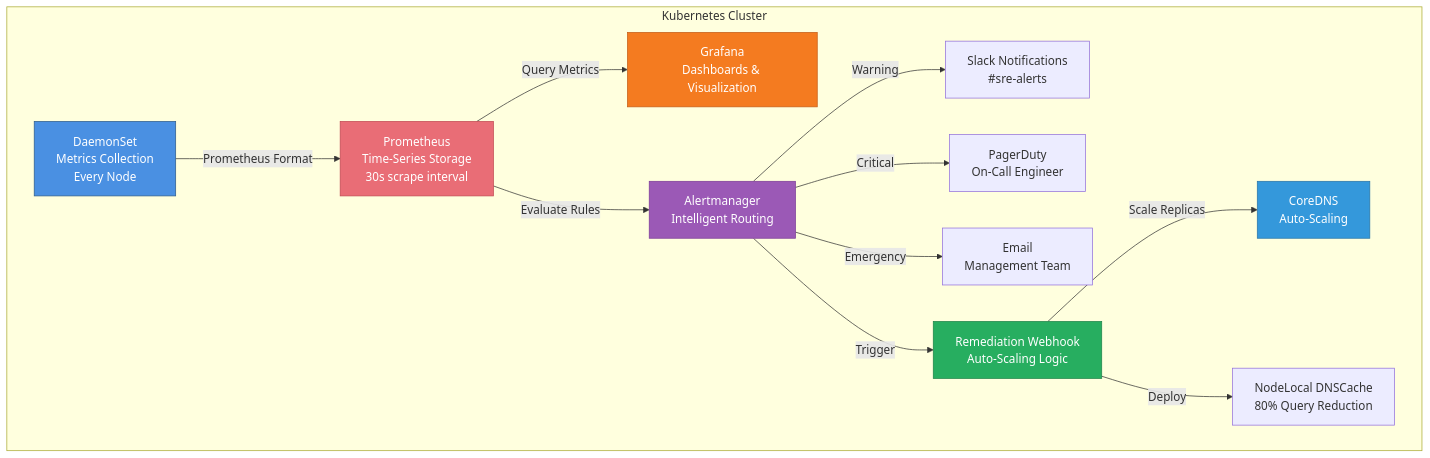
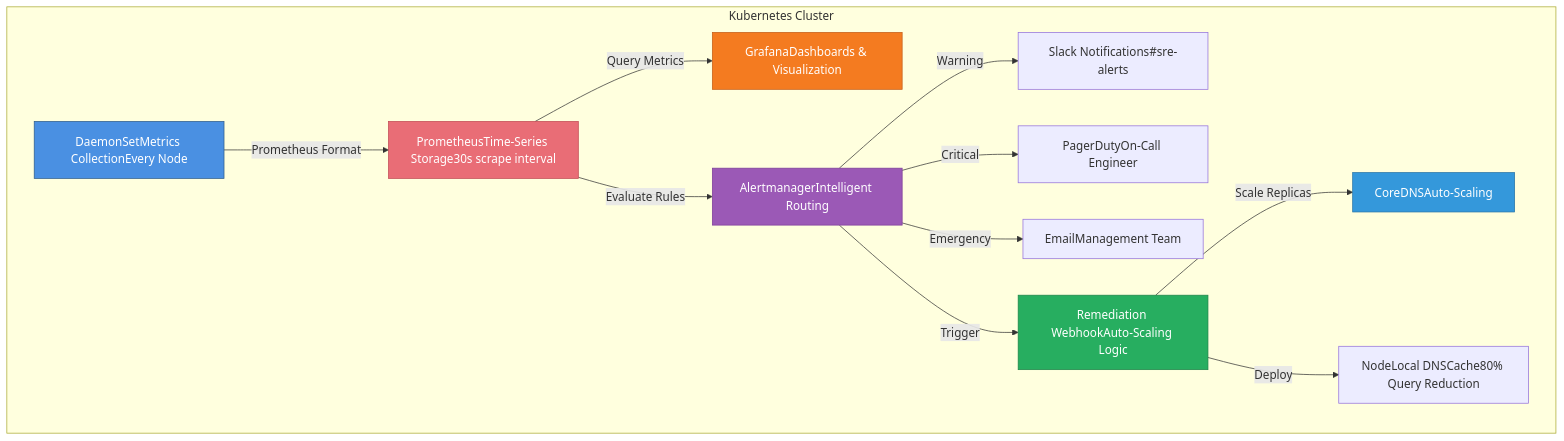
Before and after one commit to bharathvasudevanmsuk11/kubernetes-dns-autoheal: the diagram in README.md, drawn with Mermaid. The commit also changed other lines of this file, not shown here.

````diff
--- a/README.md
+++ b/README.md
@@ -269,24 +34,24 @@
 ```mermaid
 graph TB
     subgraph "Kubernetes Cluster"
-        DS[DaemonSet<br/>Metrics Collection<br/>Every Node] -->|Prometheus Format| PROM[Prometheus<br/>Time-Series Storage<br/>30s scrape interval]
+        DS[DaemonSetMetrics CollectionEvery Node] -->|Prometheus Format| PROM[PrometheusTime-Series Storage30s scrape interval]
         
-        PROM -->|Query Metrics| GRAF[Grafana<br/>Dashboards & Visualization]
-        PROM -->|Evaluate Rules| AM[Alertmanager<br/>Intelligent Routing]
+        PROM -->|Query Metrics| GRAF[GrafanaDashboards & Visualization]
+        PROM -->|Evaluate Rules| AM[AlertmanagerIntelligent Routing]
         
-        AM -->|Warning| SLACK[Slack Notifications<br/>#sre-alerts]
-        AM -->|Critical| PD[PagerDuty<br/>On-Call Engineer]
-        AM -->|Emergency| EMAIL[Email<br/>Management Team]
-        AM -->|Trigger| WEBHOOK[Remediation Webhook<br/>Auto-Scaling Logic]
+        AM -->|Warning| SLACK[Slack Notifications#sre-alerts]
+        AM -->|Critical| PD[PagerDutyOn-Call Engineer]
+        AM -->|Emergency| EMAIL[EmailManagement Team]
+        AM -->|Trigger| WEBHOOK[Remediation WebhookAuto-Scaling Logic]
         
-        WEBHOOK -->|Scale Replicas| COREDNS[CoreDNS<br/>Auto-Scaling]
-        WEBHOOK -->|Deploy| CACHE[NodeLocal DNSCache<br/>80% Query Reduction]
+        WEBHOOK -->|Scale Replicas| COREDNS[CoreDNSAuto-Scaling]
+        WEBHOOK -->|Deploy| CACHE[NodeLocal DNSCache80% Query Reduction]
     end
     
     style DS fill:#4A90E2,stroke:#2E5C8A,color:#fff
     style PROM fill:#E96D76,stroke:#C14953,color:#fff
     style GRAF fill:#F47B20,stroke:#C45E19,color:#fff
     style AM fill:#9B59B6,stroke:#7D3C98,color:#fff
     style WEBHOOK fill:#27AE60,stroke:#1E8449,color:#fff
     style COREDNS fill:#3498DB,stroke:#2874A6,color:#fff
 ```
````
